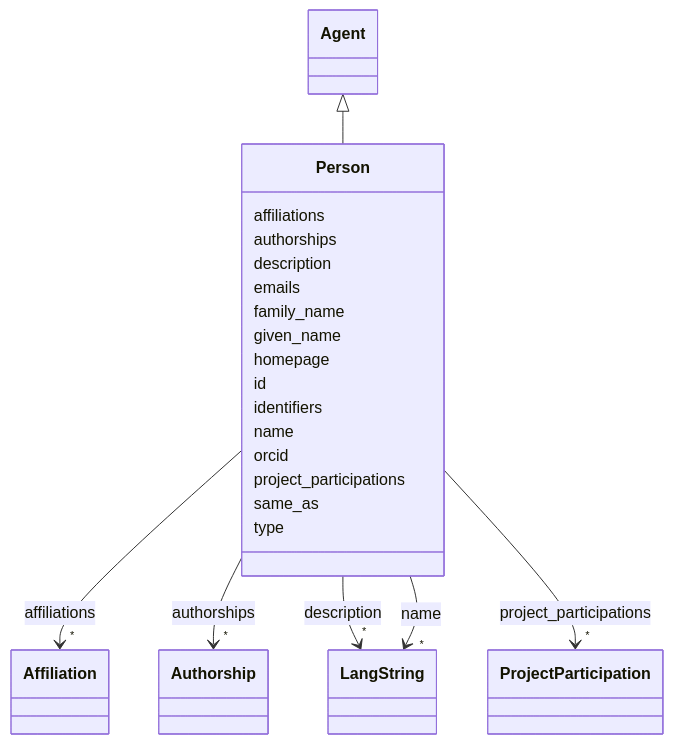
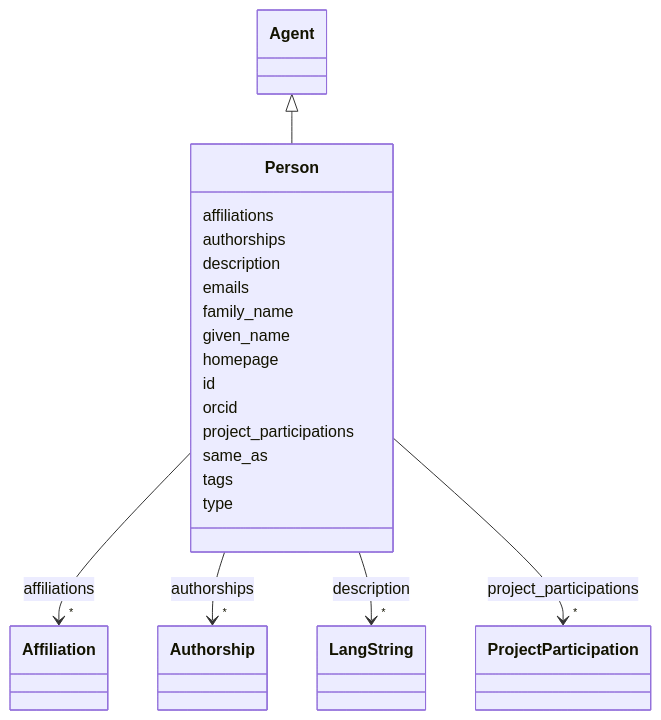
One commit to DARIAH-IL/idhi-manifests changed the diagram in docs/classes/Person.md. Above: the diagram before and after it, drawn with Mermaid. The commit also changed other lines of this file and 99 other files, not shown here.

````diff
--- a/docs/classes/Person.md
+++ b/docs/classes/Person.md
@@ -23,82 +23,71 @@
 ```mermaid
  classDiagram
     class Person
     click Person href "../../classes/Person/"
       Agent <|-- Person
         click Agent href "../../classes/Agent/"
       
       Person : affiliations
         
           
     
         
         
         Person --> "*" Affiliation : affiliations
         click Affiliation href "../../classes/Affiliation/"
     
 
         
       Person : authorships
         
           
     
         
         
         Person --> "*" Authorship : authorships
         click Authorship href "../../classes/Authorship/"
     
 
         
       Person : description
         
           
     
         
         
         Person --> "*" LangString : description
         click LangString href "../../classes/LangString/"
     
 
         
       Person : emails
         
       Person : family_name
         
       Person : given_name
         
       Person : homepage
         
       Person : id
         
-      Person : identifiers
-        
-      Person : name
-        
-          
-    
-        
-        
-        Person --> "*" LangString : name
-        click LangString href "../../classes/LangString/"
-    
-
-        
       Person : orcid
         
       Person : project_participations
         
           
     
         
         
         Person --> "*" ProjectParticipation : project_participations
         click ProjectParticipation href "../../classes/ProjectParticipation/"
     
 
         
       Person : same_as
         
+      Person : tags
+        
       Person : type
         
       
 ```
````
